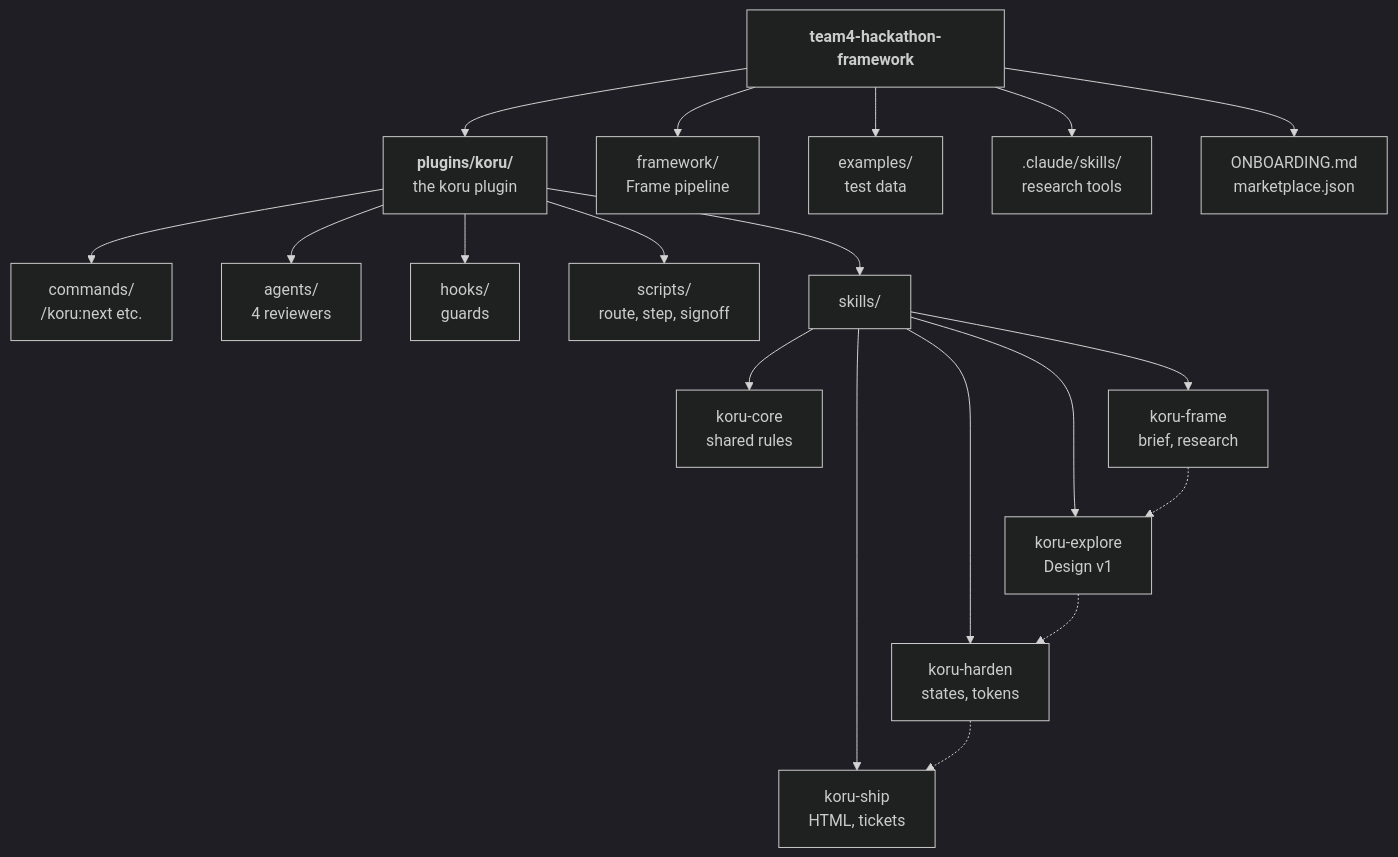
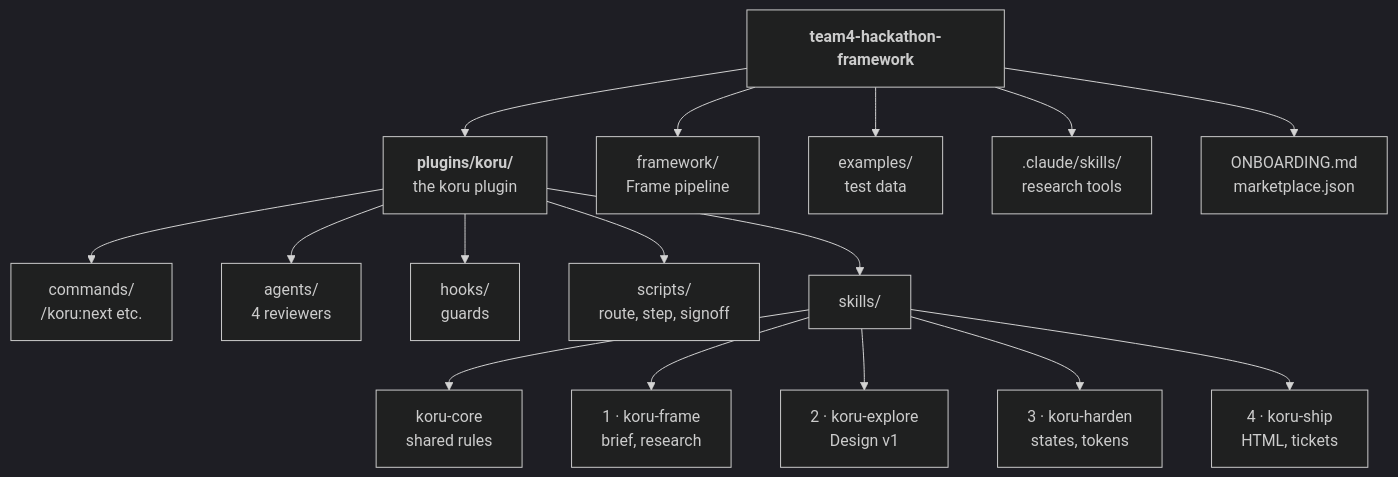
The diagram in README.md (chetnaS98/team4-hackathon-framework), drawn with Mermaid (dark theme) before and after one commit. The commit also changed other lines of this file, not shown here.

Commit message:
README: site map stages in one row

````diff
--- a/README.md
+++ b/README.md
@@ -20,23 +20,21 @@
 ```mermaid
 flowchart TD
   repo["<b>team4-hackathon-framework</b>"]
   repo --> plug["<b>plugins/koru/</b><br/>the koru plugin"]
   repo --> fw["framework/<br/>Frame pipeline"]
   repo --> ex["examples/<br/>test data"]
   repo --> rs[".claude/skills/<br/>research tools"]
   repo --> onb["ONBOARDING.md<br/>marketplace.json"]
 
   plug --> cmd["commands/<br/>/koru:next etc."]
   plug --> ag["agents/<br/>4 reviewers"]
   plug --> hk["hooks/<br/>guards"]
   plug --> sc["scripts/<br/>route, step, signoff"]
   plug --> sk["skills/"]
 
   sk --> core["koru-core<br/>shared rules"]
-  sk --> fr["koru-frame<br/>brief, research"]
-  sk --> exp["koru-explore<br/>Design v1"]
-  sk --> hd["koru-harden<br/>states, tokens"]
-  sk --> sh["koru-ship<br/>HTML, tickets"]
-
-  fr -.-> exp -.-> hd -.-> sh
+  sk --> fr["1 · koru-frame<br/>brief, research"]
+  sk --> exp["2 · koru-explore<br/>Design v1"]
+  sk --> hd["3 · koru-harden<br/>states, tokens"]
+  sk --> sh["4 · koru-ship<br/>HTML, tickets"]
 ```
````
